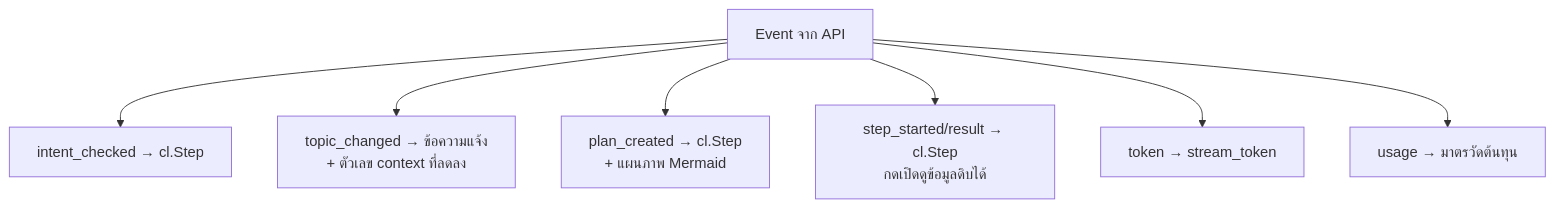
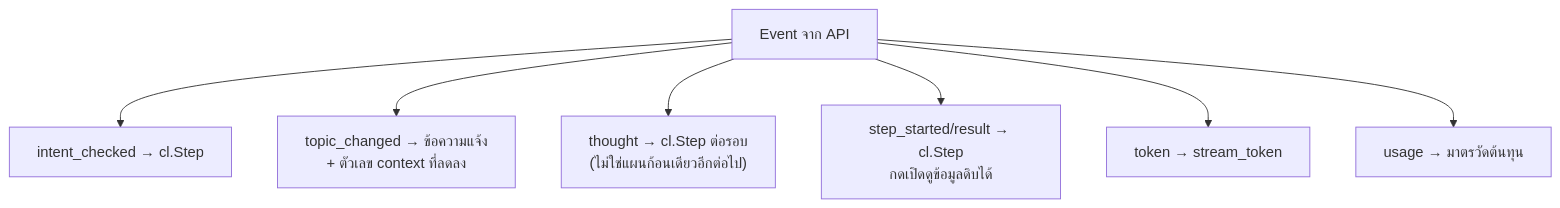
Before and after one commit to LLM-CE-KMITL/mcp-workshop: the diagram in INSTRUCTIONS/day3/07-workshop3c-chainlit.md, drawn with Mermaid. The commit also changed other lines of this file and 38 other files, not shown here.

````diff
--- a/INSTRUCTIONS/day3/07-workshop3c-chainlit.md
+++ b/INSTRUCTIONS/day3/07-workshop3c-chainlit.md
@@ -15,9 +15,9 @@
 ```mermaid
 flowchart TB
     E["Event จาก API"] --> A["intent_checked → cl.Step"]
     E --> B["topic_changed → ข้อความแจ้ง<br/>+ ตัวเลข context ที่ลดลง"]
-    E --> C["plan_created → cl.Step<br/>+ แผนภาพ Mermaid"]
+    E --> C["thought → cl.Step ต่อรอบ<br/>(ไม่ใช่แผนก้อนเดียวอีกต่อไป)"]
     E --> D["step_started/result → cl.Step<br/>กดเปิดดูข้อมูลดิบได้"]
     E --> F["token → stream_token"]
     E --> G["usage → มาตรวัดต้นทุน"]
 ```
````
